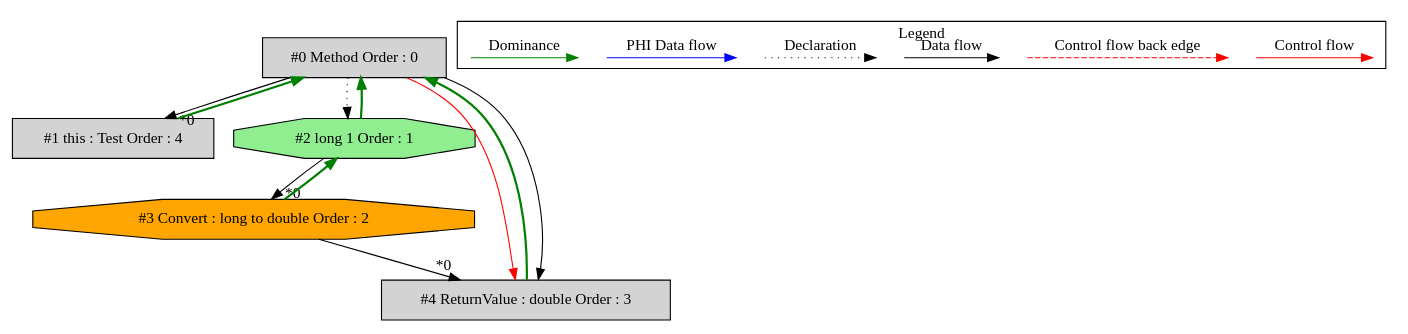
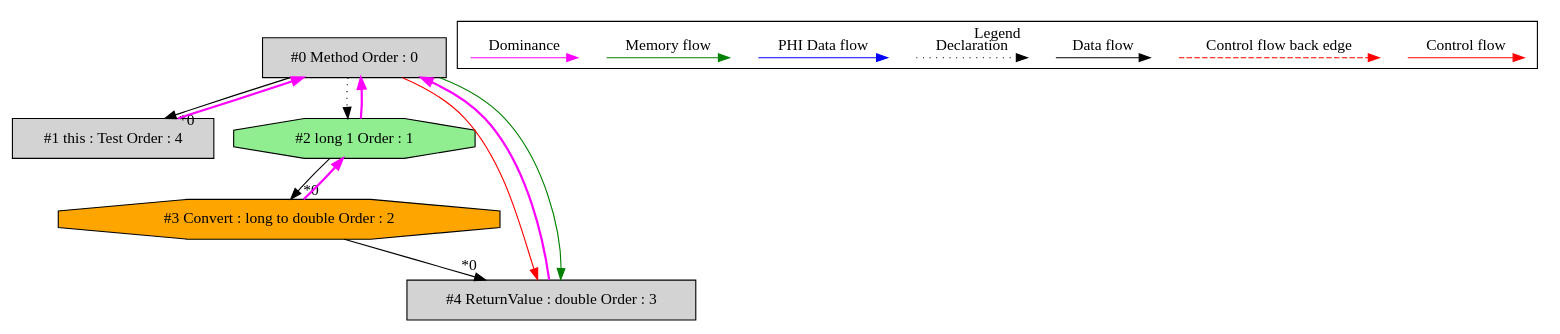
The diagram in de.mirkosertic.metair.ir.OpcodeL2XTest/test_L2D/ir_dominatortree.dot (mirkosertic/MetaIR), drawn with Graphviz before and after one commit. The commit also changed 1502 other files, not shown here.

```diff
--- a/de.mirkosertic.metair.ir.OpcodeL2XTest/test_L2D/ir_dominatortree.dot
+++ b/de.mirkosertic.metair.ir.OpcodeL2XTest/test_L2D/ir_dominatortree.dot
@@ -1,44 +1,47 @@
 digraph debugoutput {
  ordering="in";
  node0[label="#0 Method Order : 0",shape=box, fillcolor=lightgrey, style=filled];
  node1[label="#1 this : Test Order : 4",shape=box, fillcolor=lightgrey, style=filled];
- node1 -> node0[dir="forward" color="green" penwidth="2"];
+ node1 -> node0[dir="forward" color="fuchsia" penwidth="2"];
  node0 -> node1[headlabel="*0", labeldistance=2];
  node2[label="#2 long 1 Order : 1",shape=octagon, fillcolor=lightgreen, style=filled];
- node2 -> node0[dir="forward" color="green" penwidth="2"];
+ node2 -> node0[dir="forward" color="fuchsia" penwidth="2"];
  node0 -> node2[style=dotted];
  node3[label="#3 Convert : long to double Order : 2",shape=octagon, fillcolor=orange, style=filled];
- node3 -> node2[dir="forward" color="green" penwidth="2"];
+ node3 -> node2[dir="forward" color="fuchsia" penwidth="2"];
  node2 -> node3[headlabel="*0", labeldistance=2];
  node4[label="#4 ReturnValue : double Order : 3",shape=box, fillcolor=lightgrey, style=filled];
- node4 -> node0[dir="forward" color="green" penwidth="2"];
+ node4 -> node0[dir="forward" color="fuchsia" penwidth="2"];
  node3 -> node4[headlabel="*0", labeldistance=2];
  node0 -> node4[labeldistance=2, color=red, fontcolor=red];
- node0 -> node4;
+ node0 -> node4[labeldistance=2, color=green, constraint=false];
  subgraph cluster_000 {
   label = "Legend";
   node [shape=point]
   {
    rank=same;
    c0 [style = invis];
    c1 [style = invis];
    c2 [style = invis];
    c3 [style = invis];
    d0 [style = invis];
    d1 [style = invis];
    d2 [style = invis];
    d3 [style = invis];
    d4 [style = invis];
    d5 [style = invis];
    d6 [style = invis];
    d7 [style = invis];
+   d8 [style = invis];
+   d9 [style = invis];
   }
   c0 -> c1 [label="Control flow", style=solid, color=red]
   c2 -> c3 [label="Control flow back edge", style=dashed, color=red]
   d0 -> d1 [label="Data flow"]
   d2 -> d3 [label="Declaration", style=dotted]
   d4 -> d5 [label="PHI Data flow", color=blue]
-  d6 -> d7 [label="Dominance", color=green]
+  d6 -> d7 [label="Memory flow", color=green]
+  d8 -> d9 [label="Dominance", color=fuchsia, style=solid]
  }
 
 }
```
